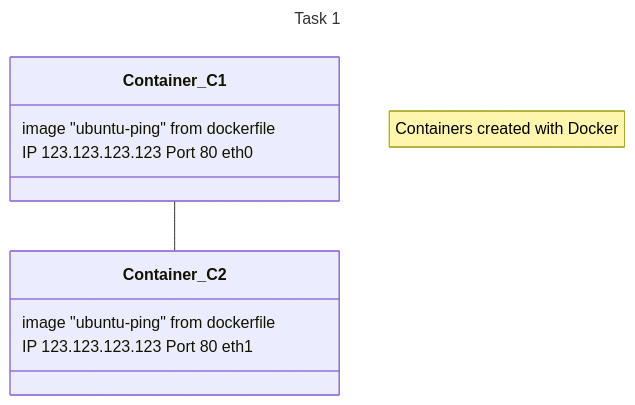
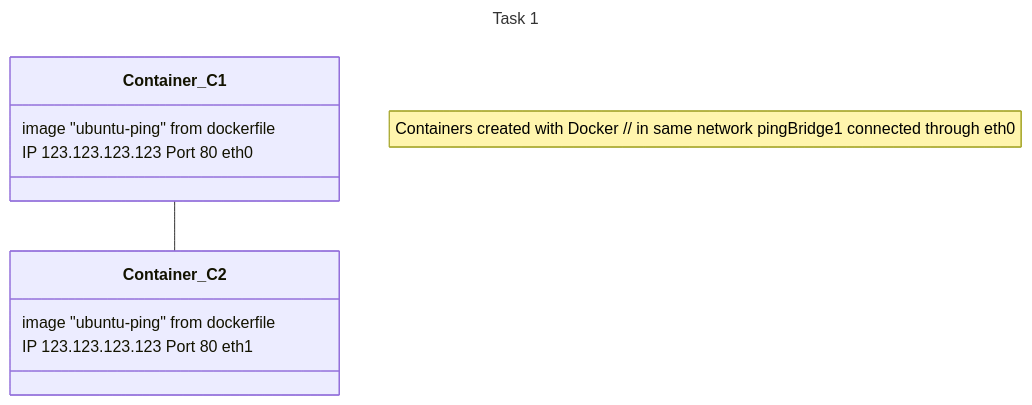
The diagram in README.md (cakossowski/Ipo-Tasks), drawn with Mermaid before and after one commit.

````diff
--- a/README.md
+++ b/README.md
@@ -12,15 +12,15 @@
 ```mermaid
 ---
 title: Task 1
 ---
 classDiagram
-    note "Containers created with Docker"
+    note "Containers created with Docker // in same network pingBridge1 connected through eth0"
     Container_C1 -- Container_C2
     Container_C1 : image "ubuntu-ping" from dockerfile
     Container_C1 : IP 123.123.123.123 Port 80 eth0
     Container_C2 : image "ubuntu-ping" from dockerfile
     Container_C2 : IP 123.123.123.123 Port 80 eth1
 
 
 
 ```
````
